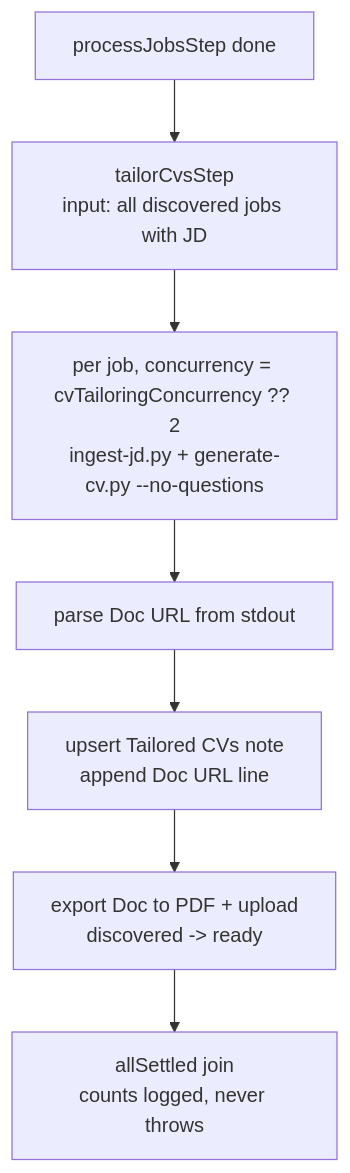
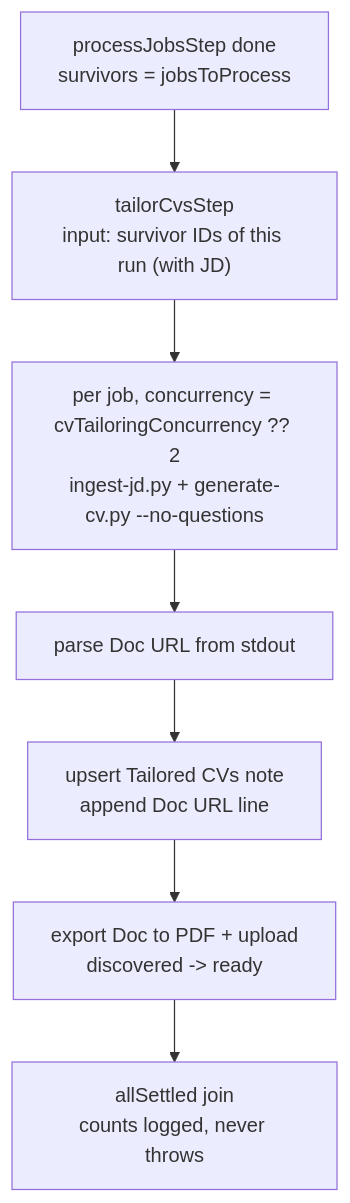
Before and after one commit to chris-cadev/job-ops: the sixth of 6 diagrams in docs-site/docs/features/cv-automation.md, drawn with Mermaid. The commit also changed other lines of this file, not shown here.

Commit message:
docs(cv-automation): clarify survivor-scoped tailoring
Update mermaid and behavior note: tailorCvsStep fans out over the run
survivor IDs only, empty survivors run nothing, and prior ready jobs
are not backfilled.

````diff
--- a/docs-site/docs/features/cv-automation.md
+++ b/docs-site/docs/features/cv-automation.md
@@ -139,9 +139,9 @@
 ```mermaid
 flowchart TD
-  A["processJobsStep done"] --> B["tailorCvsStep<br/>input: all discovered jobs with JD"]
+  A["processJobsStep done<br/>survivors = jobsToProcess"] --> B["tailorCvsStep<br/>input: survivor IDs of this run (with JD)"]
   B --> C["per job, concurrency = cvTailoringConcurrency ?? 2<br/>ingest-jd.py + generate-cv.py --no-questions"]
   C --> D["parse Doc URL from stdout"]
   D --> E["upsert Tailored CVs note<br/>append Doc URL line"]
   E --> F["export Doc to PDF + upload<br/>discovered -> ready"]
   F --> G["allSettled join<br/>counts logged, never throws"]
 ```
````
